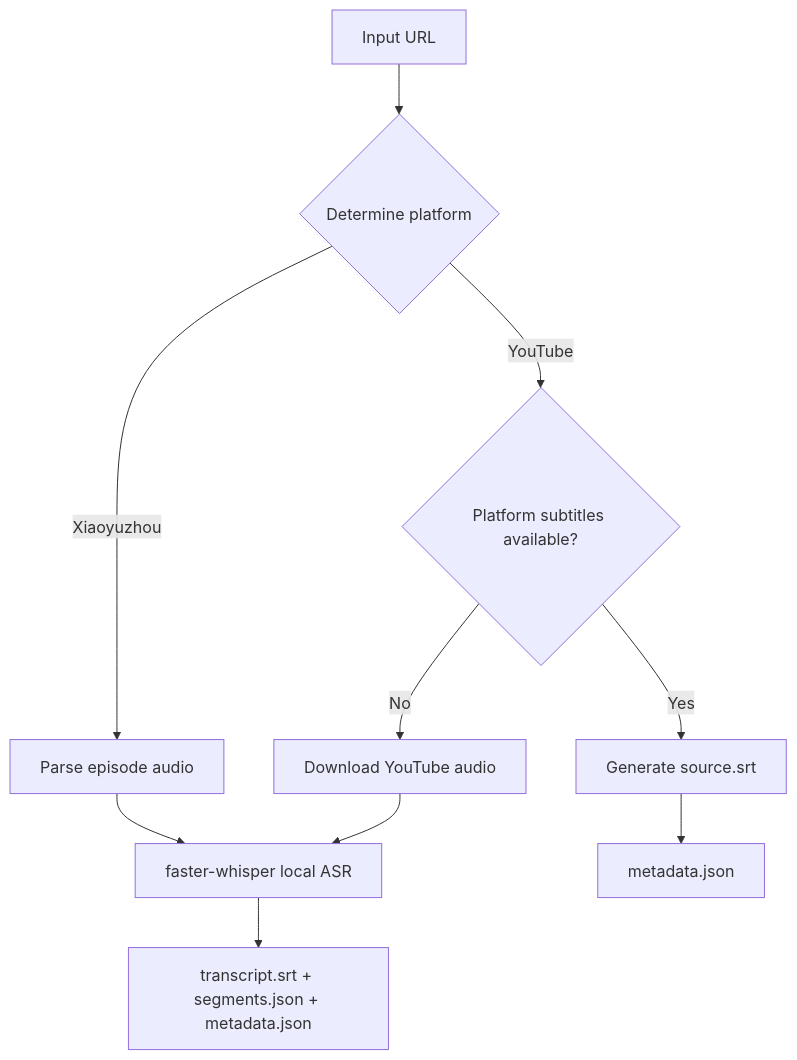
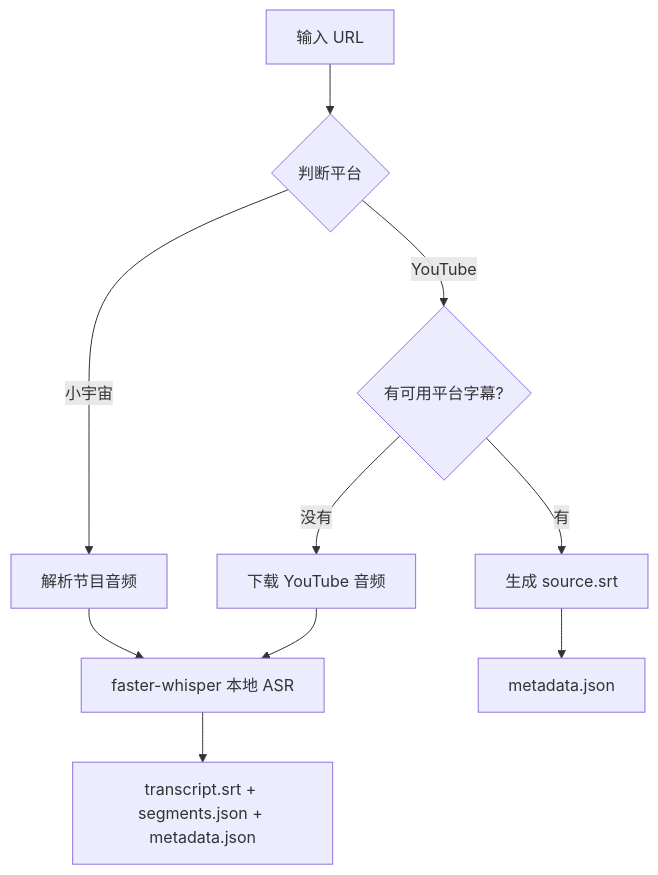
The diagram in README.md (cloudy-liu/podcast-to-text), drawn with Mermaid before and after one commit. The commit also changed other lines of this file and 2 other files, not shown here.

````diff
--- a/README.md
+++ b/README.md
@@ -179,15 +179,15 @@
 ```mermaid
 graph TD
-    A[Input URL] --> B{Determine platform}
-    B -->|Xiaoyuzhou| C[Parse episode audio]
-    B -->|YouTube| D{Platform subtitles available?}
+    A[输入 URL] --> B{判断平台}
+    B -->|小宇宙| C[解析节目音频]
+    B -->|YouTube| D{有可用平台字幕?}
 
-    D -->|Yes| E[Generate source.srt]
-    D -->|No| F[Download YouTube audio]
+    D -->|有| E[生成 source.srt]
+    D -->|没有| F[下载 YouTube 音频]
 
-    C --> G[faster-whisper local ASR]
+    C --> G[faster-whisper 本地 ASR]
     F --> G
 
     E --> H[metadata.json]
     G --> I[transcript.srt + segments.json + metadata.json]
 ```
````
